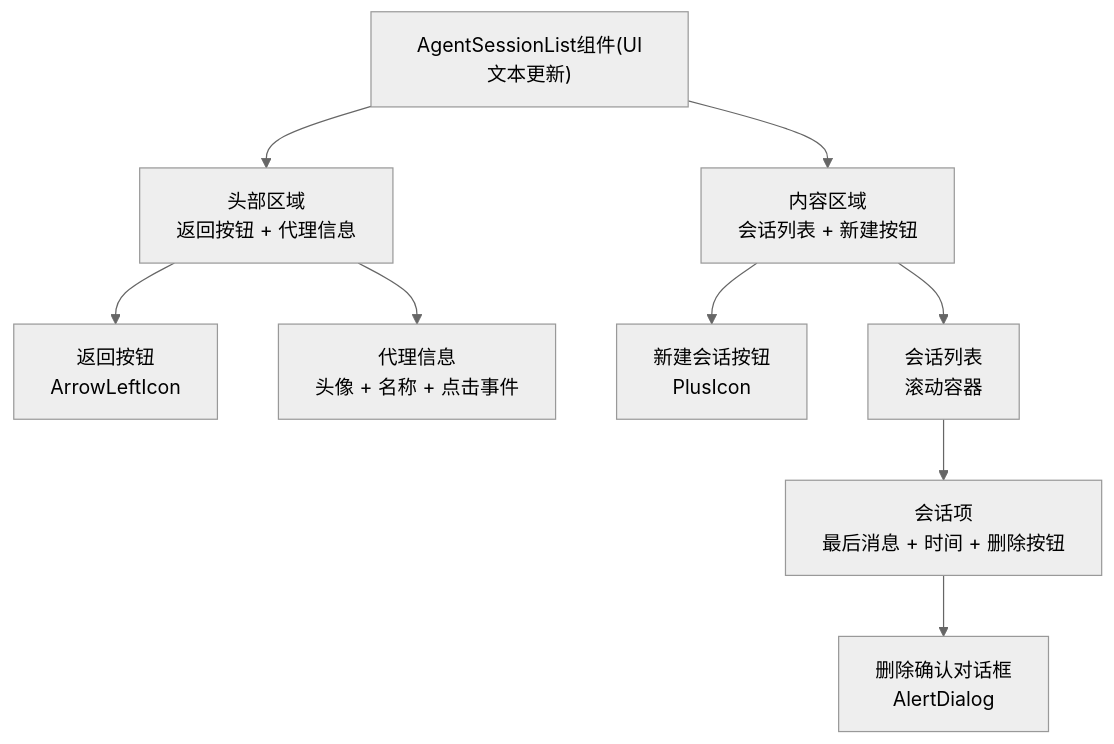
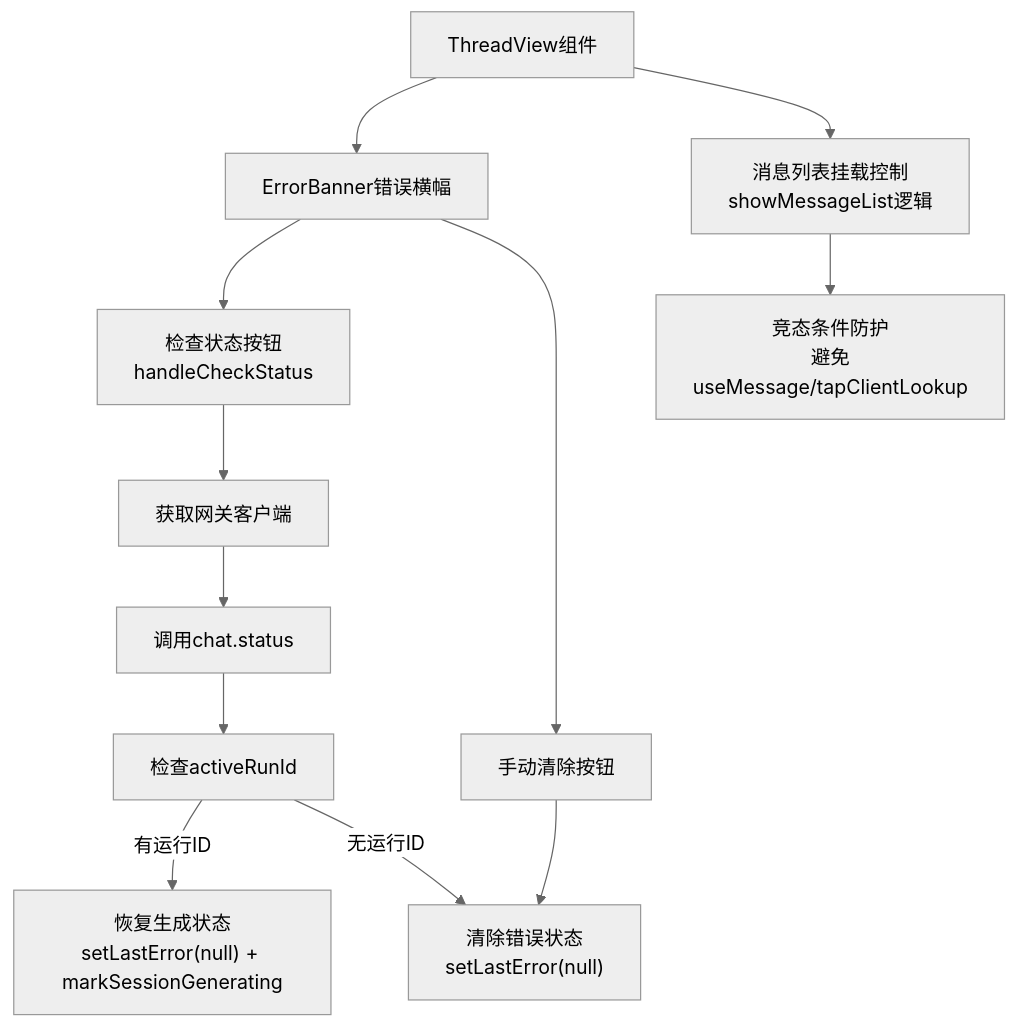
One commit to verse-ai-org/openclaw changed the third of 16 diagrams in .qoder/repowiki/zh/content/Web界面/WebChat界面/WebChat界面.md. Above: the diagram before and after it, drawn with Mermaid (neutral theme). The commit also changed other lines of this file and 12 other files, not shown here.

````diff
--- a/.qoder/repowiki/zh/content/Web界面/WebChat界面/WebChat界面.md
+++ b/.qoder/repowiki/zh/content/Web界面/WebChat界面/WebChat界面.md
@@ -287,11 +268,14 @@
 ```mermaid
 flowchart TD
-AgentSessionList["AgentSessionList组件(UI文本更新)"] --> Header["头部区域<br/>返回按钮 + 代理信息"]
-Header --> BackButton["返回按钮<br/>ArrowLeftIcon"]
-Header --> AgentInfo["代理信息<br/>头像 + 名称 + 点击事件"]
-AgentSessionList --> Content["内容区域<br/>会话列表 + 新建按钮"]
-Content --> NewSession["新建会话按钮<br/>PlusIcon"]
-Content --> SessionList["会话列表<br/>滚动容器"]
-SessionList --> SessionItem["会话项<br/>最后消息 + 时间 + 删除按钮"]
-SessionItem --> DeleteConfirm["删除确认对话框<br/>AlertDialog"]
+ThreadView["ThreadView组件"] --> ErrorBanner["ErrorBanner错误横幅"]
+ErrorBanner --> CheckStatus["检查状态按钮<br/>handleCheckStatus"]
+CheckStatus --> GetClient["获取网关客户端"]
+GetClient --> CallStatus["调用chat.status"]
+CallStatus --> HasActiveRun["检查activeRunId"]
+HasActiveRun --> |有运行ID| RestoreState["恢复生成状态<br/>setLastError(null) + markSessionGenerating"]
+HasActiveRun --> |无运行ID| ClearError["清除错误状态<br/>setLastError(null)"]
+ErrorBanner --> DismissBtn["手动清除按钮"]
+DismissBtn --> ClearError
+ThreadView --> MessageList["消息列表挂载控制<br/>showMessageList逻辑"]
+MessageList --> RaceCondition["竞态条件防护<br/>避免useMessage/tapClientLookup"]
 ```
````
